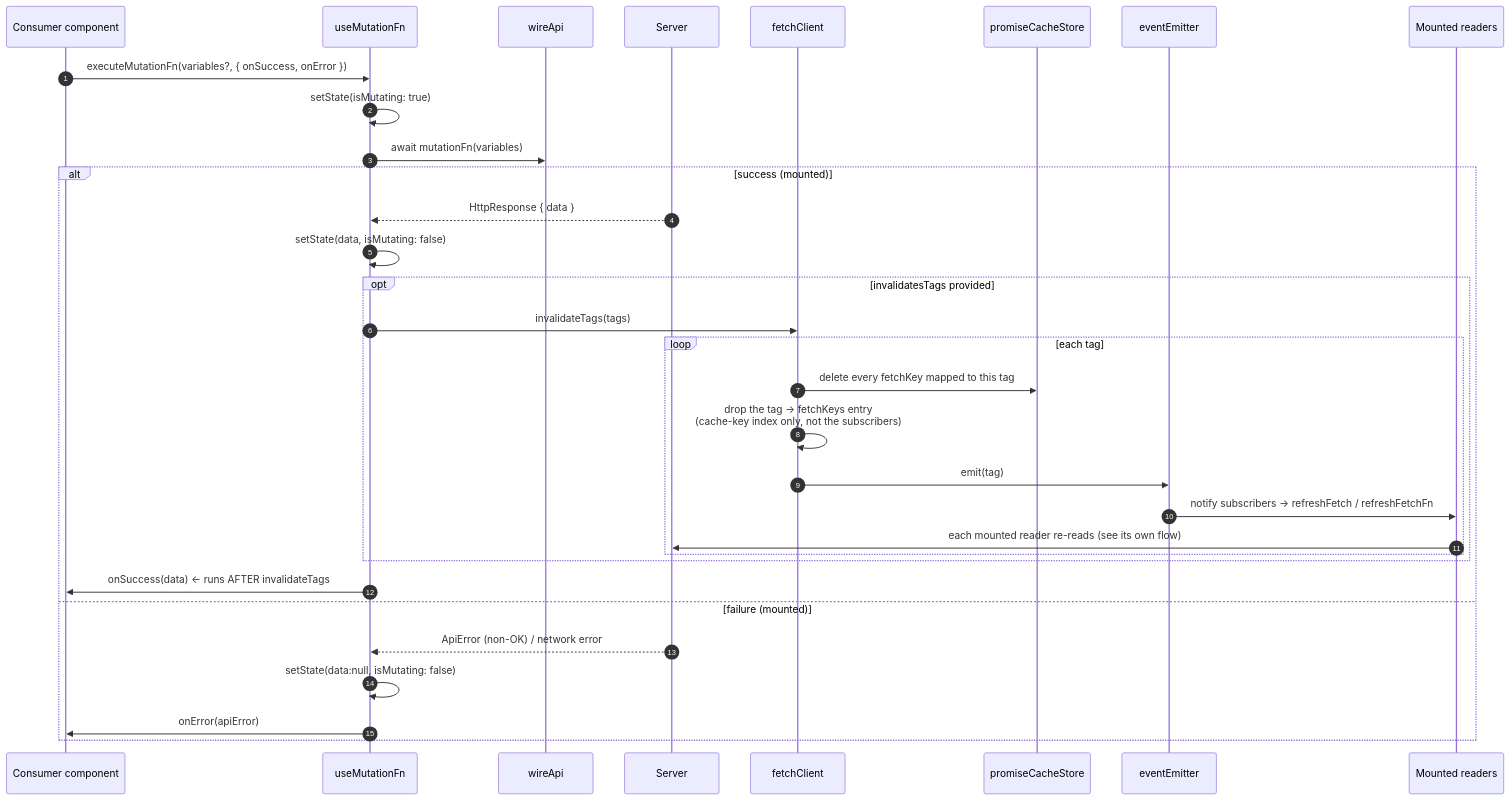
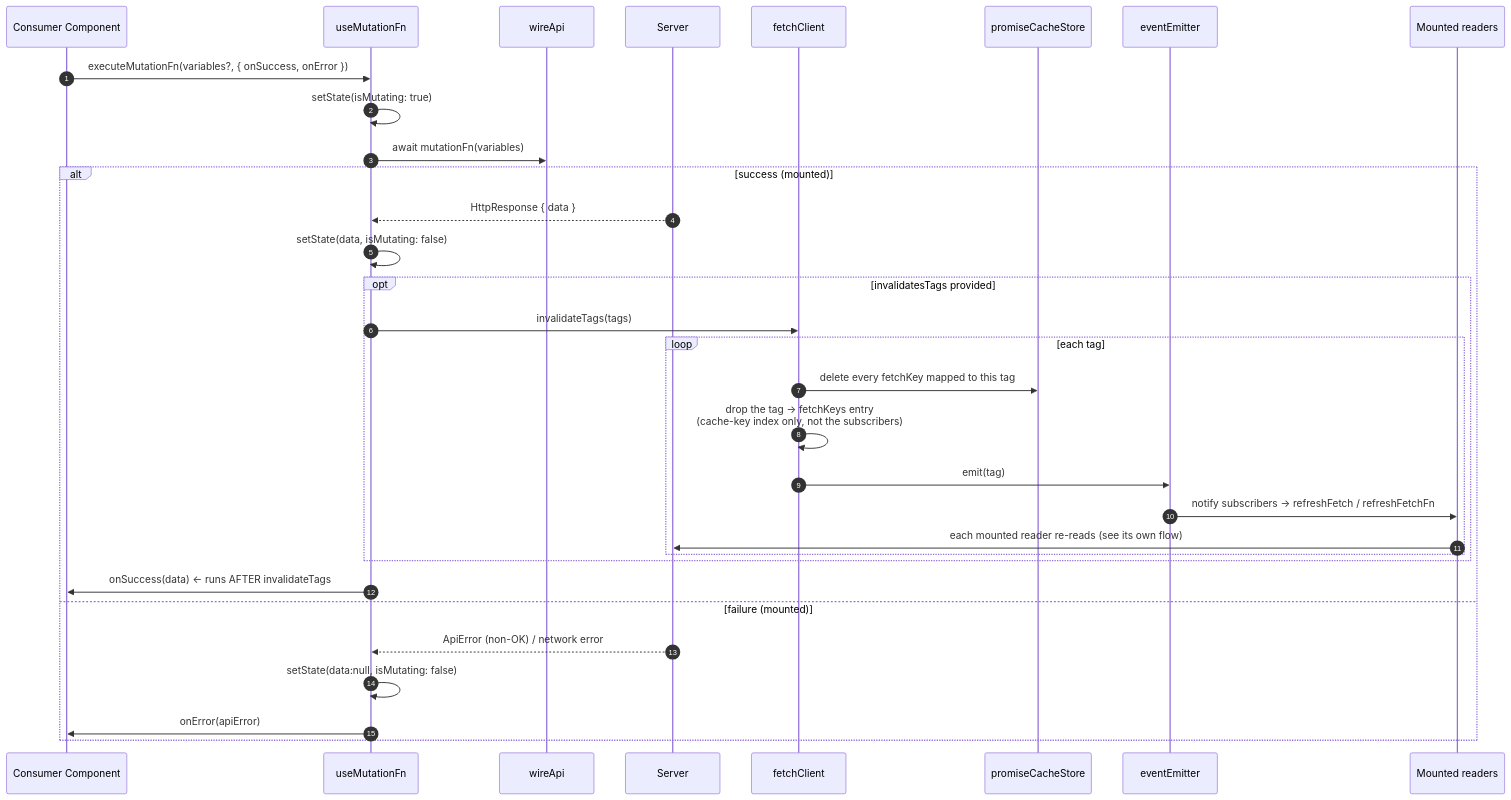
Before and after one commit to chuhaiphu/fetchwire: the second of 3 diagrams in docs/architecture/USE-MUTATION-FN-FLOW.md, drawn with Mermaid. The commit also changed other lines of this file and 3 other files, not shown here.

Commit message:
fix: standardize terminology to "Consumer Component" in architecture documentation

````diff
--- a/docs/architecture/USE-MUTATION-FN-FLOW.md
+++ b/docs/architecture/USE-MUTATION-FN-FLOW.md
@@ -36,37 +36,37 @@
 ```mermaid
 sequenceDiagram
     autonumber
-    participant Cmp as Consumer component
+    participant Cmp as Consumer Component
     participant H as useMutationFn
     participant Wire as wireApi
     participant API as Server
     participant FC as fetchClient
     participant Cache as promiseCacheStore
     participant EM as eventEmitter
     participant RD as Mounted readers
 
     Cmp->>H: executeMutationFn(variables?, { onSuccess, onError })
     H->>H: setState(isMutating: true)
 
     H->>Wire: await mutationFn(variables)
 
     alt success (mounted)
         API-->>H: HttpResponse { data }
         H->>H: setState(data, isMutating: false)
         opt invalidatesTags provided
             H->>FC: invalidateTags(tags)
             loop each tag
                 FC->>Cache: delete every fetchKey mapped to this tag
                 FC->>FC: drop the tag → fetchKeys entry<br/>(cache-key index only, not the subscribers)
                 FC->>EM: emit(tag)
                 EM->>RD: notify subscribers → refreshFetch / refreshFetchFn
                 RD->>API: each mounted reader re-reads (see its own flow)
             end
         end
         H->>Cmp: onSuccess(data)   ← runs AFTER invalidateTags
     else failure (mounted)
         API-->>H: ApiError (non-OK) / network error
         H->>H: setState(data:null, isMutating: false)
         H->>Cmp: onError(apiError)
     end
 ```
````
